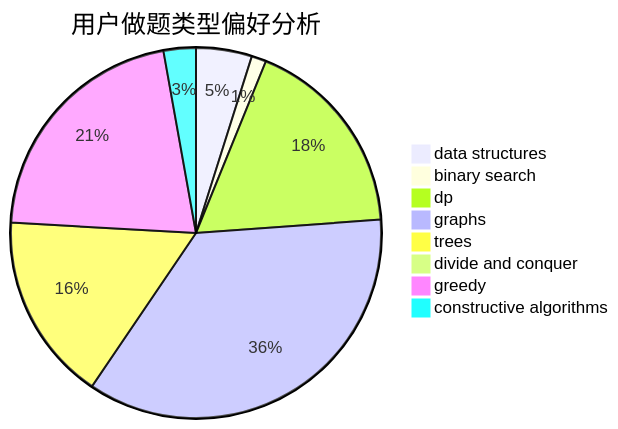
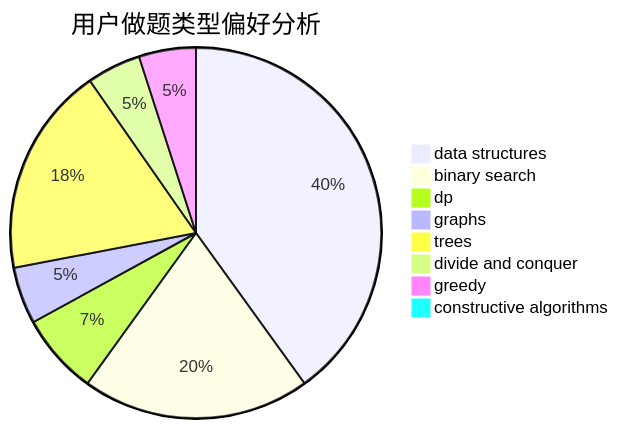
One commit to sherpahu/cfrs.github.io changed the second of 3 diagrams in docs/user/u53.md. Above: the diagram before and after it, drawn with Mermaid. The commit also changed other lines of this file and 2770 other files, not shown here.

````diff
--- a/docs/user/u53.md
+++ b/docs/user/u53.md
@@ -23,11 +23,11 @@
 ```mermaid
 pie title 用户做题类型偏好分析
-    "data structures" :  19
-    "binary search" :  5
-    "dp" :  69
-    "graphs" :  139
-    "trees" :  64
-    "divide and conquer" :  0
-    "greedy" :  83
-    "constructive algorithms" :  11
+    "data structures" :  153
+    "binary search" :  76
+    "dp" :  27
+    "graphs" :  19
+    "trees" :  70
+    "divide and conquer" :  18
+    "greedy" :  19
+    "constructive algorithms" :  0
 ```
````
